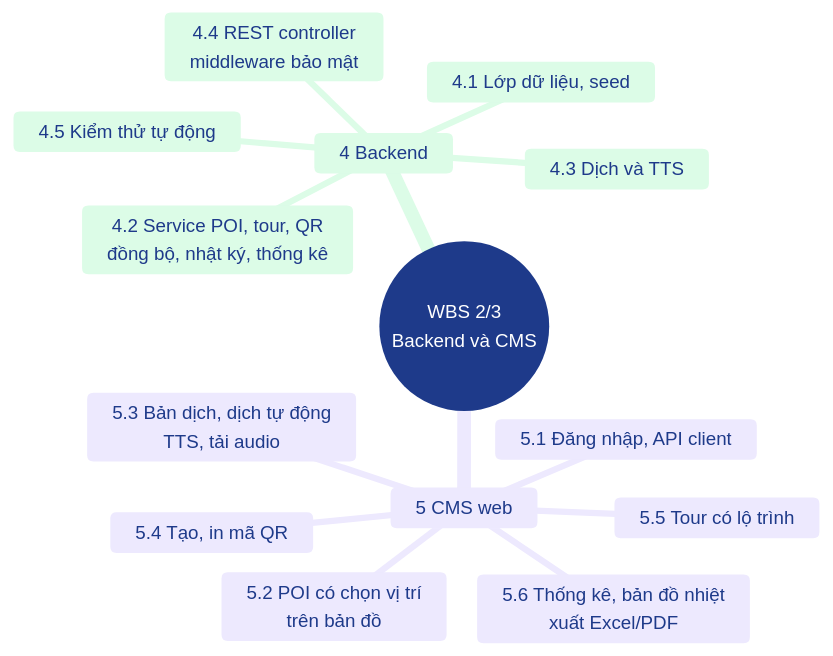
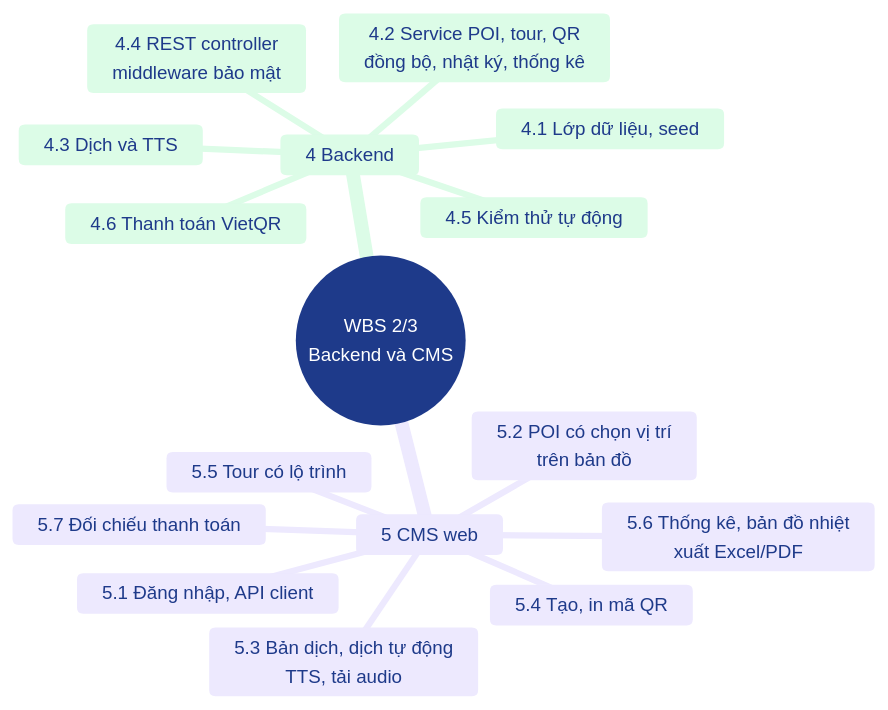
The fourth of 9 diagrams in docs/06-project-management.md (AiraLeFatale/CongNghePhanMem_Project), drawn with Mermaid before and after one commit. The commit also changed other lines of this file and 3 other files, not shown here.

````diff
--- a/docs/06-project-management.md
+++ b/docs/06-project-management.md
@@ -88,18 +88,20 @@
 ```mermaid
 %%{init: {"theme":"base","fontFamily":"Helvetica Neue, Arial, sans-serif","themeVariables":{"fontFamily":"Helvetica Neue, Arial, sans-serif","fontSize":"15px","primaryColor":"#EFF6FF","primaryBorderColor":"#3B82F6","primaryTextColor":"#0F172A","lineColor":"#64748B","secondaryColor":"#F0FDF4","tertiaryColor":"#FFFFFF","clusterBkg":"#F8FAFC","clusterBorder":"#CBD5E1","edgeLabelBackground":"#FFFFFF","noteBkgColor":"#FEF9C3","noteBorderColor":"#EAB308","actorBkg":"#DBEAFE","actorBorder":"#2563EB","actorTextColor":"#1E3A8A","signalColor":"#475569","signalTextColor":"#0F172A","labelBoxBkgColor":"#F1F5F9","labelBoxBorderColor":"#94A3B8","activationBkgColor":"#E0F2FE","activationBorderColor":"#0284C7","sequenceNumberColor":"#FFFFFF","pie1":"#16A34A","pie2":"#F59E0B","pie3":"#94A3B8","pie4":"#DC2626","pie5":"#2563EB","pie6":"#7C3AED","pieStrokeColor":"#FFFFFF","pieSectionTextColor":"#FFFFFF","quadrant1Fill":"#FEE2E2","quadrant2Fill":"#FEF3C7","quadrant3Fill":"#DCFCE7","quadrant4Fill":"#FEF3C7","quadrantPointFill":"#1E3A8A","quadrantPointTextFill":"#0F172A","git0":"#1E3A8A","gitBranchLabel0":"#FFFFFF","cScale0":"#DBEAFE","cScale1":"#DCFCE7","cScale2":"#EDE9FE","cScale3":"#FEF3C7","cScale4":"#FFE4E6","cScale5":"#E0F2FE","cScale6":"#F1F5F9"},"flowchart":{"curve":"basis","padding":16,"nodeSpacing":40,"rankSpacing":50},"sequence":{"showSequenceNumbers":true,"mirrorActors":false}}}%%
 mindmap
   root((WBS 2/3<br/>Backend và CMS))
     4 Backend
       4.1 Lớp dữ liệu, seed
       4.2 Service POI, tour, QR<br/>đồng bộ, nhật ký, thống kê
       4.3 Dịch và TTS
       4.4 REST controller<br/>middleware bảo mật
       4.5 Kiểm thử tự động
+      4.6 Thanh toán VietQR
     5 CMS web
       5.1 Đăng nhập, API client
       5.2 POI có chọn vị trí<br/>trên bản đồ
       5.3 Bản dịch, dịch tự động<br/>TTS, tải audio
       5.4 Tạo, in mã QR
       5.5 Tour có lộ trình
       5.6 Thống kê, bản đồ nhiệt<br/>xuất Excel/PDF
+      5.7 Đối chiếu thanh toán
 ```
````
